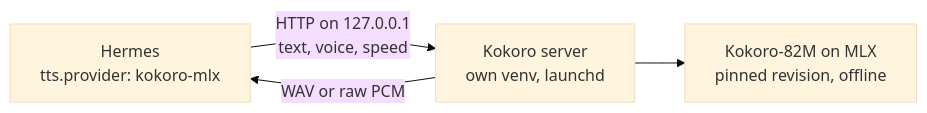
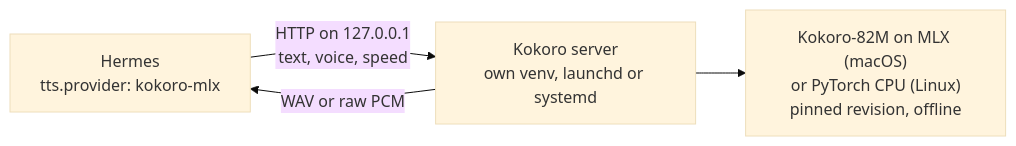
Before and after one commit to brunosouzas/hermes-kokoro-tts: the diagram in README.md, drawn with Mermaid (base theme). The commit also changed other lines of this file and 4 other files, not shown here.

````diff
--- a/README.md
+++ b/README.md
@@ -108,6 +114,6 @@
 ```mermaid
 flowchart LR
-  H["Hermes<br/>tts.provider: kokoro-mlx"] -- "HTTP on 127.0.0.1<br/>text, voice, speed" --> S["Kokoro server<br/>own venv, launchd"]
+  H["Hermes<br/>tts.provider: kokoro-mlx"] -- "HTTP on 127.0.0.1<br/>text, voice, speed" --> S["Kokoro server<br/>own venv, launchd or systemd"]
   S -- "WAV or raw PCM" --> H
-  S --> M["Kokoro-82M on MLX<br/>pinned revision, offline"]
+  S --> M["Kokoro-82M on MLX (macOS)<br/>or PyTorch CPU (Linux)<br/>pinned revision, offline"]
 ```
````
